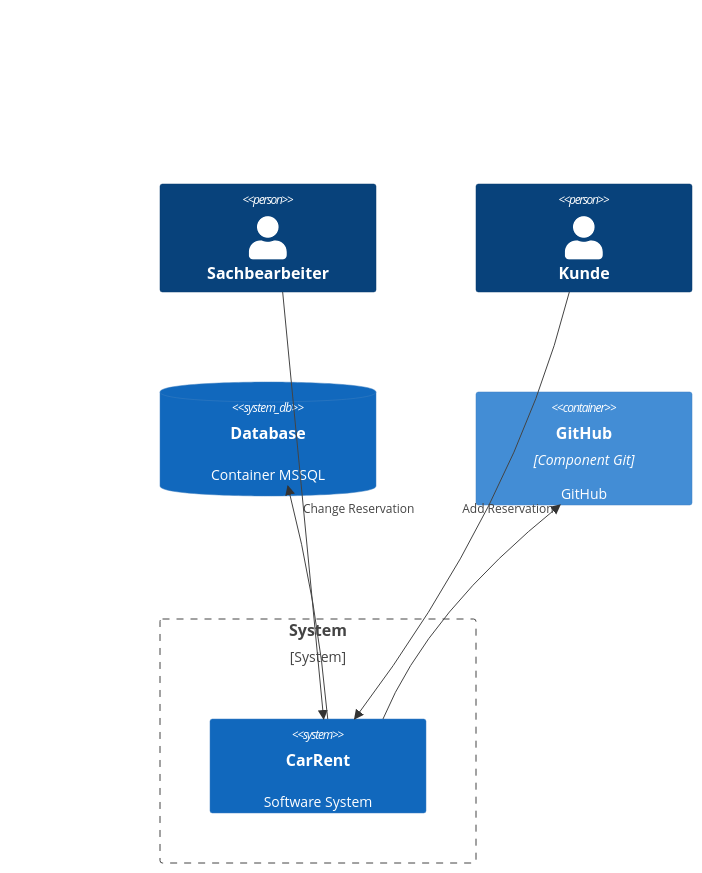
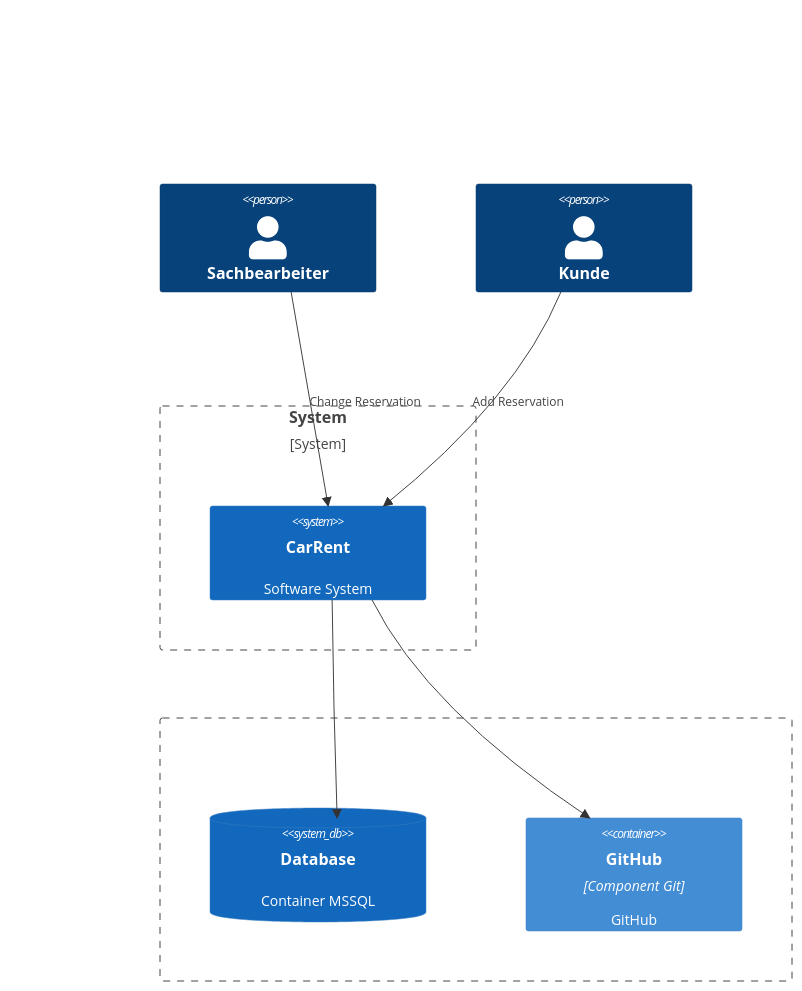
Before and after one commit to tsolenthaler/zbw-sad-carrent2124: the first of 2 diagrams in README.md, drawn with Mermaid.

Commit message:
add boundary

````diff
--- a/README.md
+++ b/README.md
@@ -6,19 +6,21 @@
 ```mermaid
 C4Context
     Person(Sachbearbeiter, "Sachbearbeiter")
      Person(Kunde, "Kunde")
 
     Boundary(b1, "System", "System") {
         System(CarRent, "CarRent", "Software System")
     }
 
-    SystemDb(Database, "Database", "Container MSSQL")
-    Container(github, "GitHub", "Component Git", "GitHub")
+    Boundary(b2, "", "") {
+        SystemDb(Database, "Database", "Container MSSQL")
+        Container(github, "GitHub", "Component Git", "GitHub")
+    }
 
     Rel(Sachbearbeiter, CarRent, "Change Reservation")
     Rel(Kunde, CarRent, "Add Reservation")
     Rel(CarRent, Database, "")
     Rel(CarRent, github, "")
 
     UpdateLayoutConfig($c4ShapeInRow="3", $c4BoundaryInRow="1")
 ```
````
